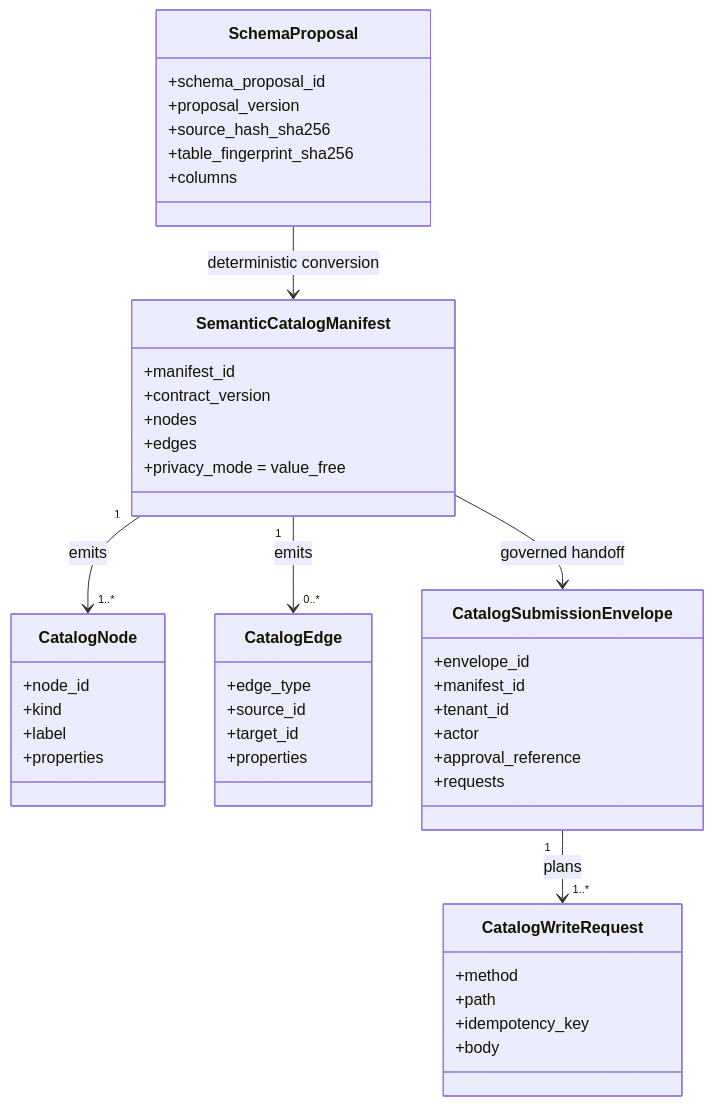
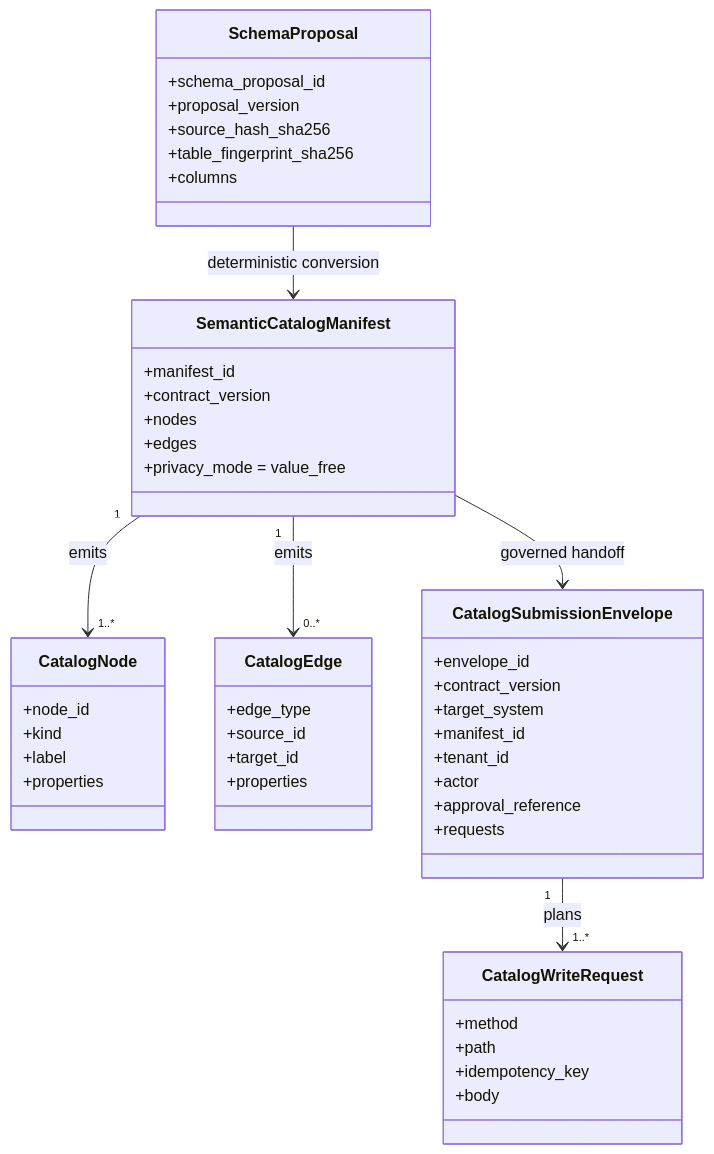
Before and after one commit to ContextualWisdomLab/mhtml-etl-gateway: the second of 4 diagrams in docs/ERD.md, drawn with Mermaid. The commit also changed 12 other files, not shown here.

````diff
--- a/docs/ERD.md
+++ b/docs/ERD.md
@@ -53,49 +53,51 @@
 ```mermaid
 classDiagram
     class SchemaProposal {
       +schema_proposal_id
       +proposal_version
       +source_hash_sha256
       +table_fingerprint_sha256
       +columns
     }
     class SemanticCatalogManifest {
       +manifest_id
       +contract_version
       +nodes
       +edges
       +privacy_mode = value_free
     }
     class CatalogNode {
       +node_id
       +kind
       +label
       +properties
     }
     class CatalogEdge {
       +edge_type
       +source_id
       +target_id
       +properties
     }
     class CatalogSubmissionEnvelope {
       +envelope_id
+      +contract_version
+      +target_system
       +manifest_id
       +tenant_id
       +actor
       +approval_reference
       +requests
     }
     class CatalogWriteRequest {
       +method
       +path
       +idempotency_key
       +body
     }
 
     SchemaProposal --> SemanticCatalogManifest : deterministic conversion
     SemanticCatalogManifest "1" --> "1..*" CatalogNode : emits
     SemanticCatalogManifest "1" --> "0..*" CatalogEdge : emits
     SemanticCatalogManifest --> CatalogSubmissionEnvelope : governed handoff
     CatalogSubmissionEnvelope "1" --> "1..*" CatalogWriteRequest : plans
 ```
````
